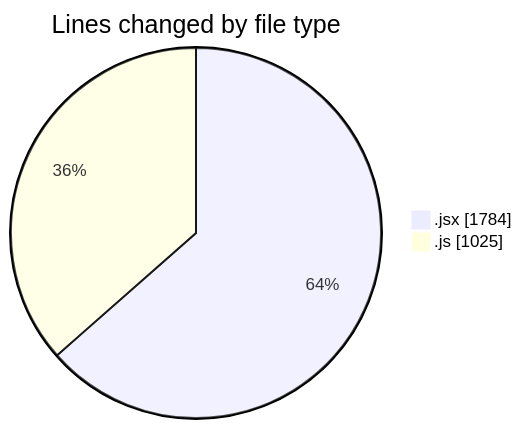
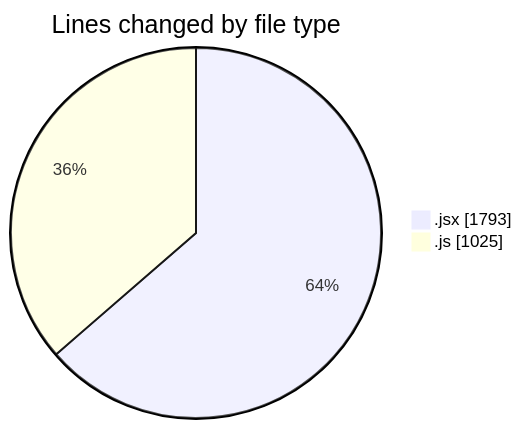
One commit to nxtqubesakshisongat/code-tracking changed the first of 2 diagrams in 2025-08-04/nxtqube_webapp/README.md. Above: the diagram before and after it, drawn with Mermaid. The commit also changed other lines of this file and 1 other file, not shown here.

````diff
--- a/2025-08-04/nxtqube_webapp/README.md
+++ b/2025-08-04/nxtqube_webapp/README.md
@@ -25,6 +25,6 @@
 ```mermaid
 pie showData
 title Lines changed by file type
-".jsx" : 1784
+".jsx" : 1793
 ".js" : 1025
 ```
````
